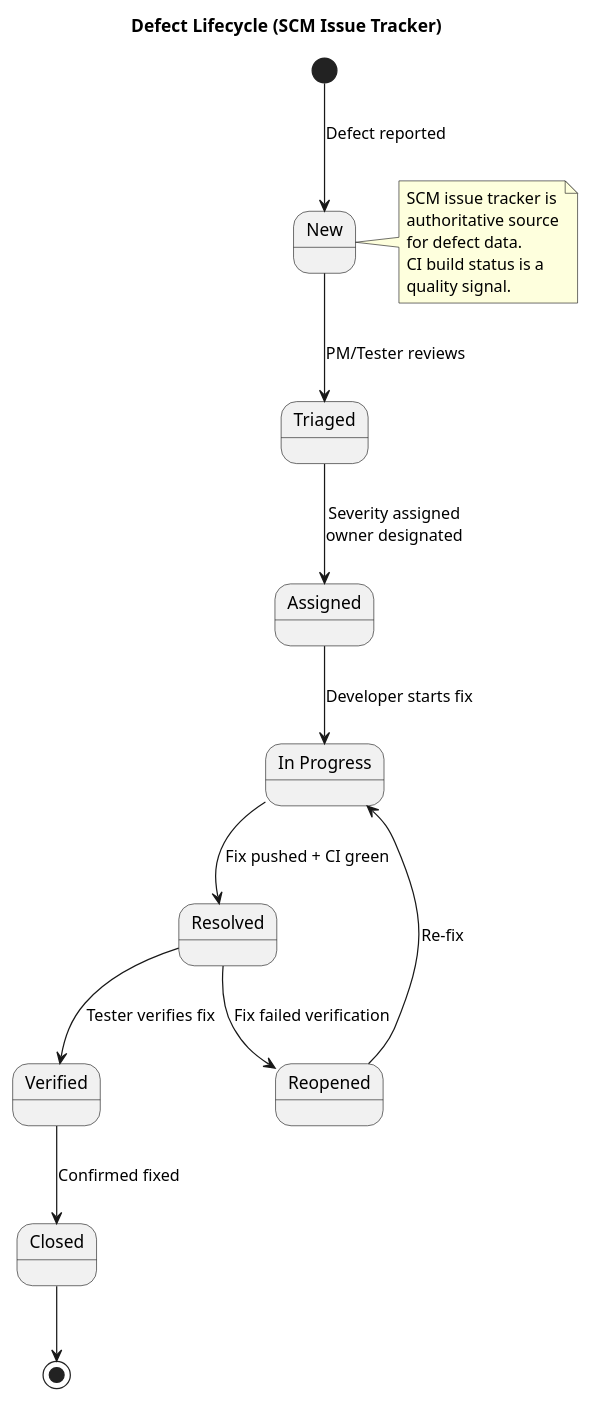
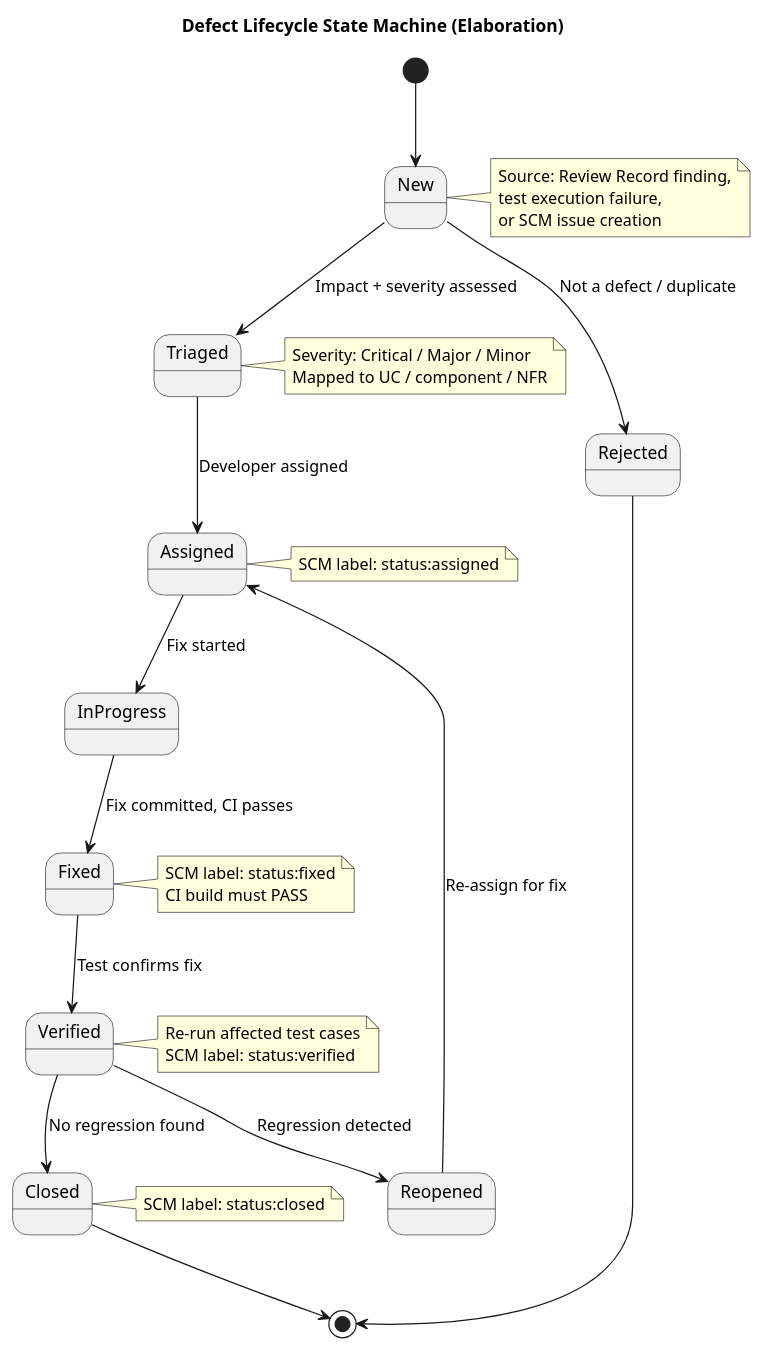
The second of 3 diagrams in docs/artifacts/test/test-evaluation-summary.md (banense-test/portal-cuba-corp), drawn with PlantUML before and after one commit. The commit also changed other lines of this file, not shown here.

First line of the commit message:
Test Manager [E1]: upsert Test Evaluation Summary

````diff
--- a/docs/artifacts/test/test-evaluation-summary.md
+++ b/docs/artifacts/test/test-evaluation-summary.md
@@ -116,34 +125,56 @@
 ```plantuml
 @startuml
-title Defect Lifecycle (SCM Issue Tracker)
+title Defect Lifecycle State Machine (Elaboration)
 
-state "New" as New
-state "Triaged" as Triaged
-state "Assigned" as Assigned
-state "In Progress" as InProgress
-state "Resolved" as Resolved
-state "Verified" as Verified
-state "Closed" as Closed
-state "Reopened" as Reopened
+[*] --> New
 
-[*] --> New : Defect reported
-New --> Triaged : PM/Tester reviews
-Triaged --> Assigned : Severity assigned\nowner designated
-Assigned --> InProgress : Developer starts fix
-InProgress --> Resolved : Fix pushed + CI green
-Resolved --> Verified : Tester verifies fix
-Verified --> Closed : Confirmed fixed
-Resolved --> Reopened : Fix failed verification
-Reopened --> InProgress : Re-fix
+New --> Triaged : Impact + severity assessed
+New --> Rejected : Not a defect / duplicate
+
+Triaged --> Assigned : Developer assigned
+
+Assigned --> InProgress : Fix started
+
+InProgress --> Fixed : Fix committed, CI passes
+
+Fixed --> Verified : Test confirms fix
+
+Verified --> Closed : No regression found
+Verified --> Reopened : Regression detected
+
+Reopened --> Assigned : Re-assign for fix
+
+Rejected --> [*]
 Closed --> [*]
 
 note right of New
-  SCM issue tracker is
-  authoritative source
-  for defect data.
-  CI build status is a
-  quality signal.
+  Source: Review Record finding,
+  test execution failure,
+  or SCM issue creation
+end note
+
+note right of Triaged
+  Severity: Critical / Major / Minor
+  Mapped to UC / component / NFR
+end note
+
+note right of Assigned
+  SCM label: status:assigned
+end note
+
+note right of Fixed
+  SCM label: status:fixed
+  CI build must PASS
+end note
+
+note right of Verified
+  Re-run affected test cases
+  SCM label: status:verified
+end note
+
+note right of Closed
+  SCM label: status:closed
 end note
 
 @enduml
 ```
````
